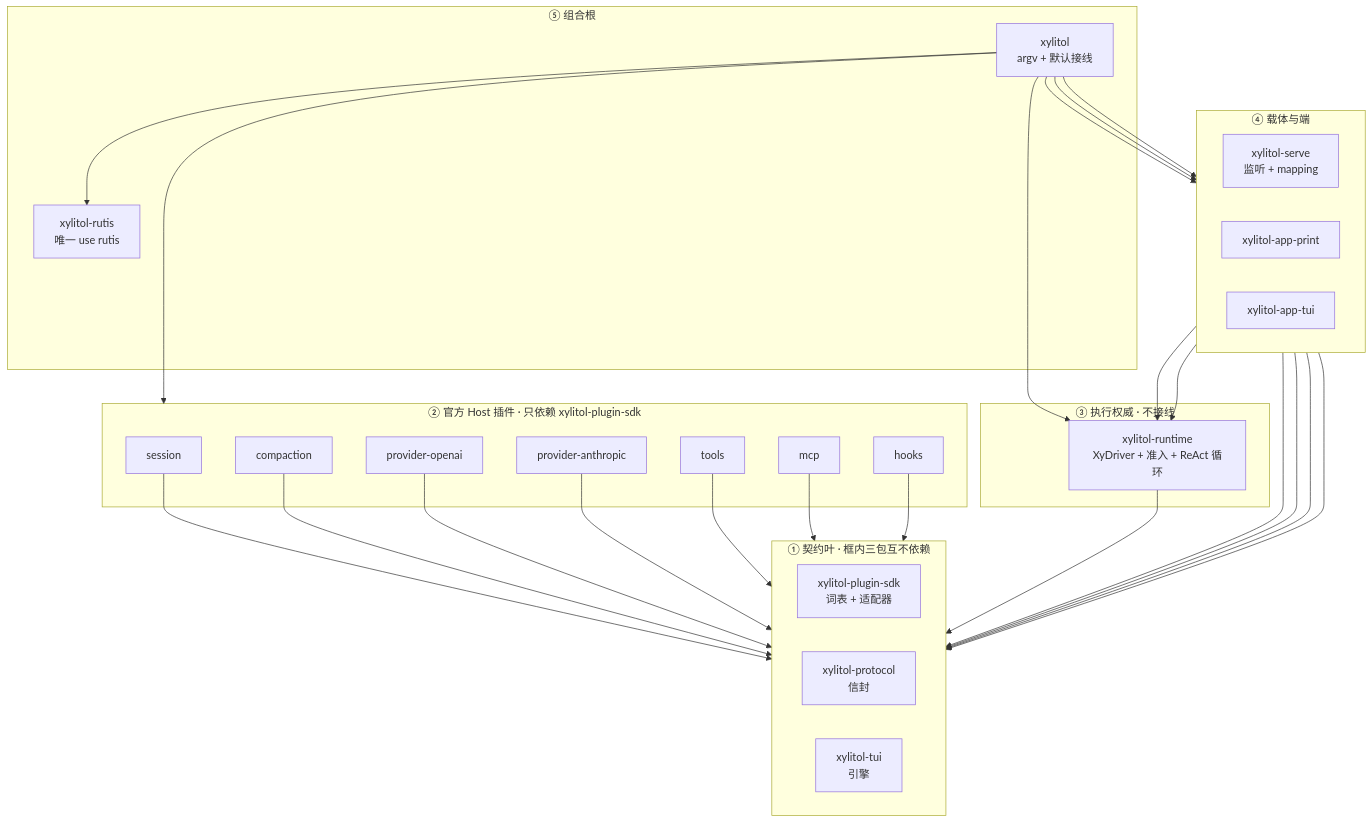
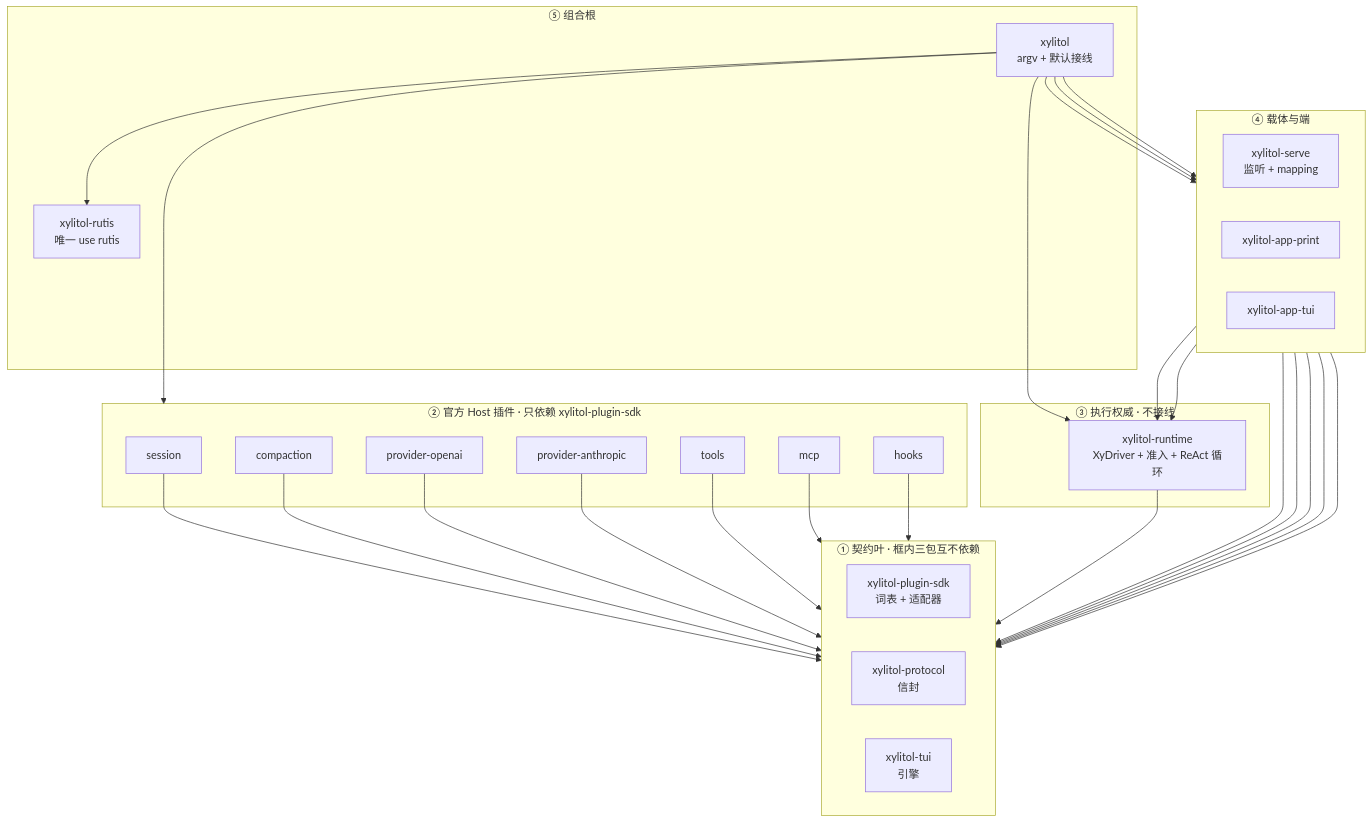
One commit to StrayDragon/xylitol changed the diagram in _TODO.md. Above: the diagram before and after it, drawn with Mermaid. The commit also changed other lines of this file and 280 other files, not shown here.

````diff
--- a/_TODO.md
+++ b/_TODO.md
@@ -175,56 +177,57 @@
 ```mermaid
 flowchart TB
   subgraph contracts["① 契约叶 · 框内三包互不依赖"]
     direction LR
     xylitol_plugin_sdk["xylitol-plugin-sdk<br/>词表 + 适配器"]
     xylitol_protocol["xylitol-protocol<br/>信封"]
     xylitol_tui["xylitol-tui<br/>引擎"]
   end
 
   subgraph plugins["② 官方 Host 插件 · 只依赖 xylitol-plugin-sdk"]
     xylitol_official_plugin_session["session"]
     xylitol_official_plugin_compaction["compaction"]
     xylitol_official_plugin_provider_openai["provider-openai"]
     xylitol_official_plugin_provider_anthropic["provider-anthropic"]
     xylitol_official_plugin_tools["tools"]
     xylitol_official_plugin_mcp["mcp"]
     xylitol_official_plugin_hooks["hooks"]
   end
 
   subgraph kernel["③ 执行权威 · 不接线"]
     xylitol_runtime["xylitol-runtime<br/>XyDriver + 准入 + ReAct 循环"]
   end
 
   subgraph surfaces["④ 载体与端"]
     direction LR
     xylitol_serve["xylitol-serve<br/>监听 + mapping"]
     xylitol_app_print["xylitol-app-print"]
     xylitol_app_tui["xylitol-app-tui"]
   end
 
   subgraph root["⑤ 组合根"]
     xylitol["xylitol<br/>argv + 默认接线"]
     xylitol_rutis["xylitol-rutis<br/>唯一 use rutis"]
   end
 
   xylitol_official_plugin_session --> xylitol_plugin_sdk
   xylitol_official_plugin_compaction --> xylitol_plugin_sdk
   xylitol_official_plugin_provider_openai --> xylitol_plugin_sdk
   xylitol_official_plugin_provider_anthropic --> xylitol_plugin_sdk
   xylitol_official_plugin_tools --> xylitol_plugin_sdk
   xylitol_official_plugin_mcp --> xylitol_plugin_sdk
   xylitol_official_plugin_hooks --> xylitol_plugin_sdk
   xylitol_runtime --> xylitol_plugin_sdk
   xylitol_serve --> xylitol_runtime
   xylitol_serve --> xylitol_protocol
+  xylitol_serve --> xylitol_plugin_sdk
   xylitol_app_print --> xylitol_runtime
   xylitol_app_tui --> xylitol_protocol
   xylitol_app_tui --> xylitol_tui
   xylitol_app_tui --> xylitol_plugin_sdk
   xylitol --> plugins
   xylitol --> xylitol_runtime
   xylitol --> xylitol_serve
   xylitol --> xylitol_app_print
   xylitol --> xylitol_app_tui
   xylitol --> xylitol_rutis
 ```
````
